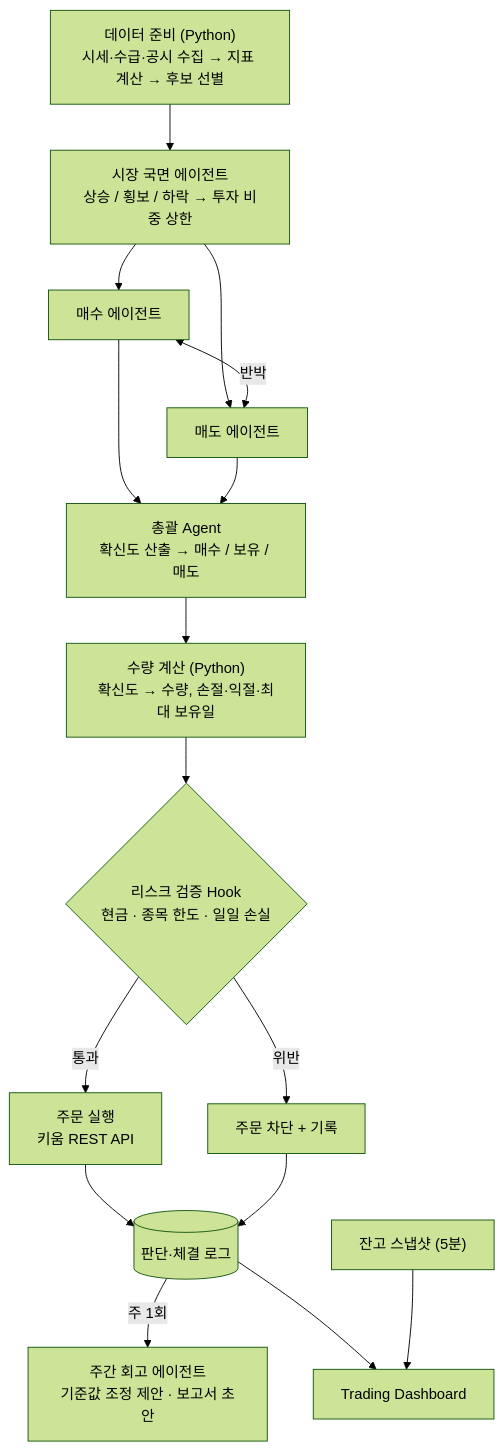
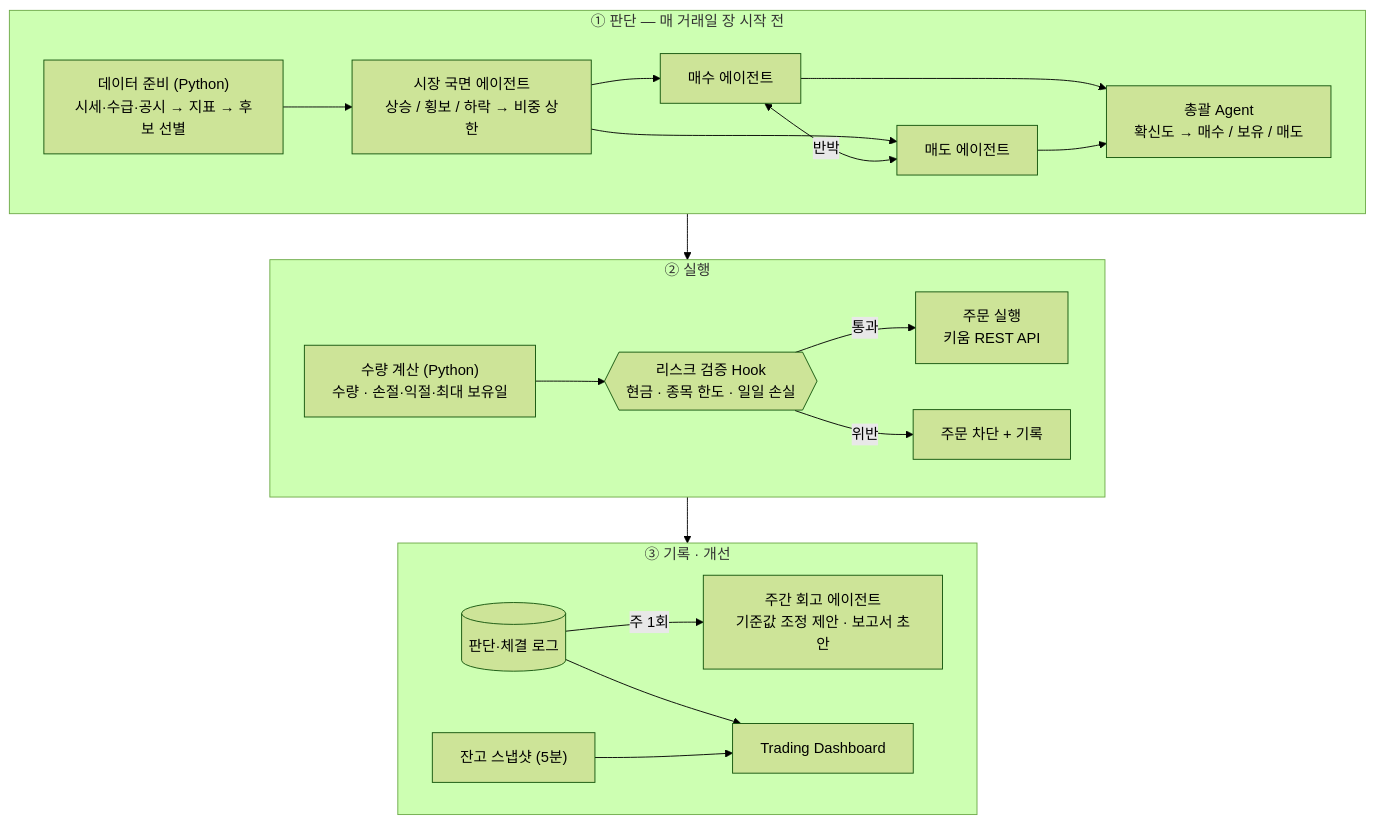
The diagram in README.ko.md (isopink/hynix-298f), drawn with Mermaid (forest theme) before and after one commit. The commit also changed 1 other file, not shown here.

Commit message:
README: compact architecture diagram into three stages
Split the tall top-down flowchart into Decide / Execute / Log subgraphs
laid out left-to-right, and use a hexagon for the risk Hook.

````diff
--- a/README.ko.md
+++ b/README.ko.md
@@ -46,18 +46,25 @@
 ```mermaid
-flowchart TD
-    A["데이터 준비 (Python)<br/>시세·수급·공시 수집 → 지표 계산 → 후보 선별"] --> B["시장 국면 에이전트<br/>상승 / 횡보 / 하락 → 투자 비중 상한"]
-    B --> C["매수 에이전트"]
-    B --> D["매도 에이전트"]
-    C <-->|반박| D
-    C --> E["총괄 Agent<br/>확신도 산출 → 매수 / 보유 / 매도"]
-    D --> E
-    E --> F["수량 계산 (Python)<br/>확신도 → 수량, 손절·익절·최대 보유일"]
-    F --> G{"리스크 검증 Hook<br/>현금 · 종목 한도 · 일일 손실"}
-    G -->|통과| H["주문 실행<br/>키움 REST API"]
-    G -->|위반| X["주문 차단 + 기록"]
-    H --> I[("판단·체결 로그")]
-    X --> I
-    I -->|주 1회| J["주간 회고 에이전트<br/>기준값 조정 제안 · 보고서 초안"]
-    I --> K["Trading Dashboard"]
-    L["잔고 스냅샷 (5분)"] --> K
+flowchart TB
+    subgraph P1["① 판단 — 매 거래일 장 시작 전"]
+        direction LR
+        A["데이터 준비 (Python)<br/>시세·수급·공시 → 지표 → 후보 선별"] --> B["시장 국면 에이전트<br/>상승 / 횡보 / 하락 → 비중 상한"]
+        B --> C["매수 에이전트"]
+        B --> D["매도 에이전트"]
+        C <-->|반박| D
+        C --> E["총괄 Agent<br/>확신도 → 매수 / 보유 / 매도"]
+        D --> E
+    end
+    subgraph P2["② 실행"]
+        direction LR
+        F["수량 계산 (Python)<br/>수량 · 손절·익절·최대 보유일"] --> G{{"리스크 검증 Hook<br/>현금 · 종목 한도 · 일일 손실"}}
+        G -->|통과| H["주문 실행<br/>키움 REST API"]
+        G -->|위반| X["주문 차단 + 기록"]
+    end
+    subgraph P3["③ 기록 · 개선"]
+        direction LR
+        I[("판단·체결 로그")] -->|주 1회| J["주간 회고 에이전트<br/>기준값 조정 제안 · 보고서 초안"]
+        I --> K["Trading Dashboard"]
+        L["잔고 스냅샷 (5분)"] --> K
+    end
+    P1 --> P2 --> P3
 ```
````
